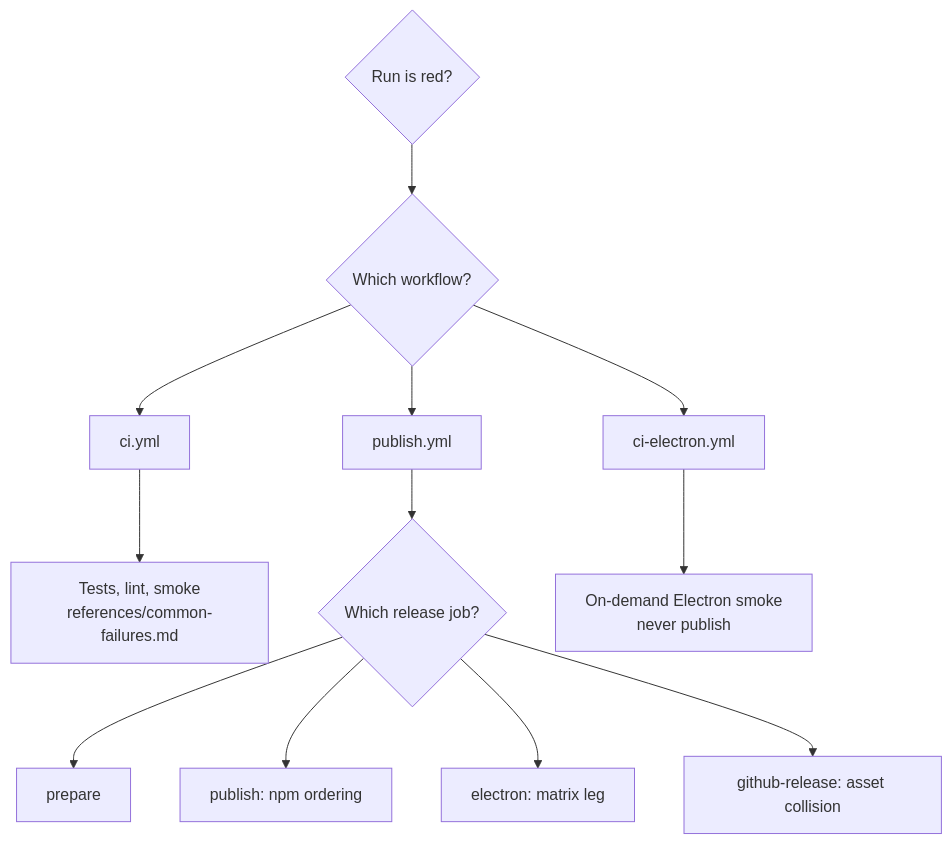
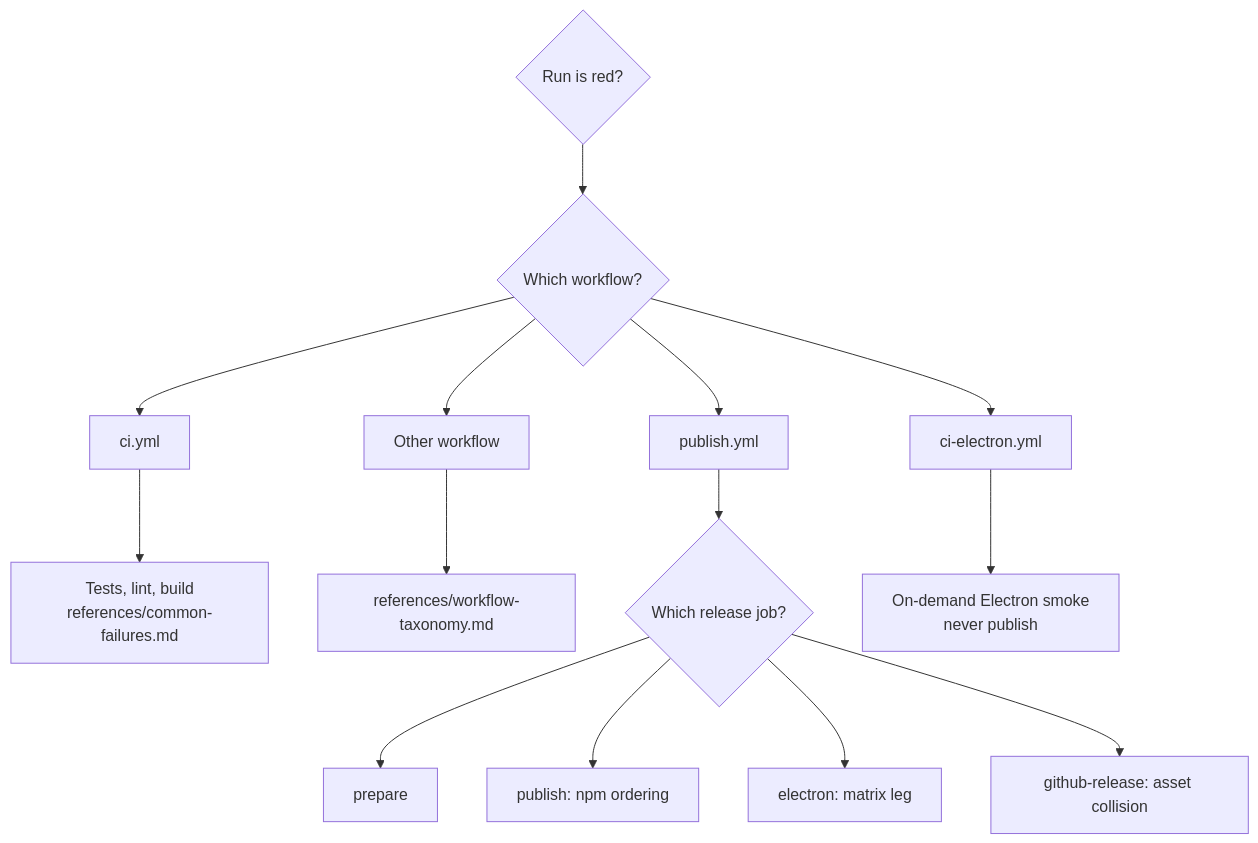
Before and after one commit to BlackBeltTechnology/pi-agent-dashboard: the second of 3 diagrams in .pi/skills/ci-troubleshoot/SKILL.md, drawn with Mermaid. The commit also changed other lines of this file and 9 other files, not shown here.

````diff
--- a/.pi/skills/ci-troubleshoot/SKILL.md
+++ b/.pi/skills/ci-troubleshoot/SKILL.md
@@ -48,14 +41,16 @@
 ```mermaid
 flowchart TD
   red{Run is red?} --> workflow{Which workflow?}
   workflow --> ci[ci.yml]
   workflow --> publish[publish.yml]
   workflow --> electron[ci-electron.yml]
-  ci --> common[Tests, lint, smoke<br/>references/common-failures.md]
+  workflow --> other[Other workflow]
+  ci --> common[Tests, lint, build<br/>references/common-failures.md]
+  other --> taxonomy[references/workflow-taxonomy.md]
   publish --> releaseJob{Which release job?}
   releaseJob --> prepare[prepare]
   releaseJob --> npmOrder[publish: npm ordering]
   releaseJob --> matrix[electron: matrix leg]
   releaseJob --> assets[github-release: asset collision]
   electron --> smoke[On-demand Electron smoke<br/>never publish]
 ```
````
